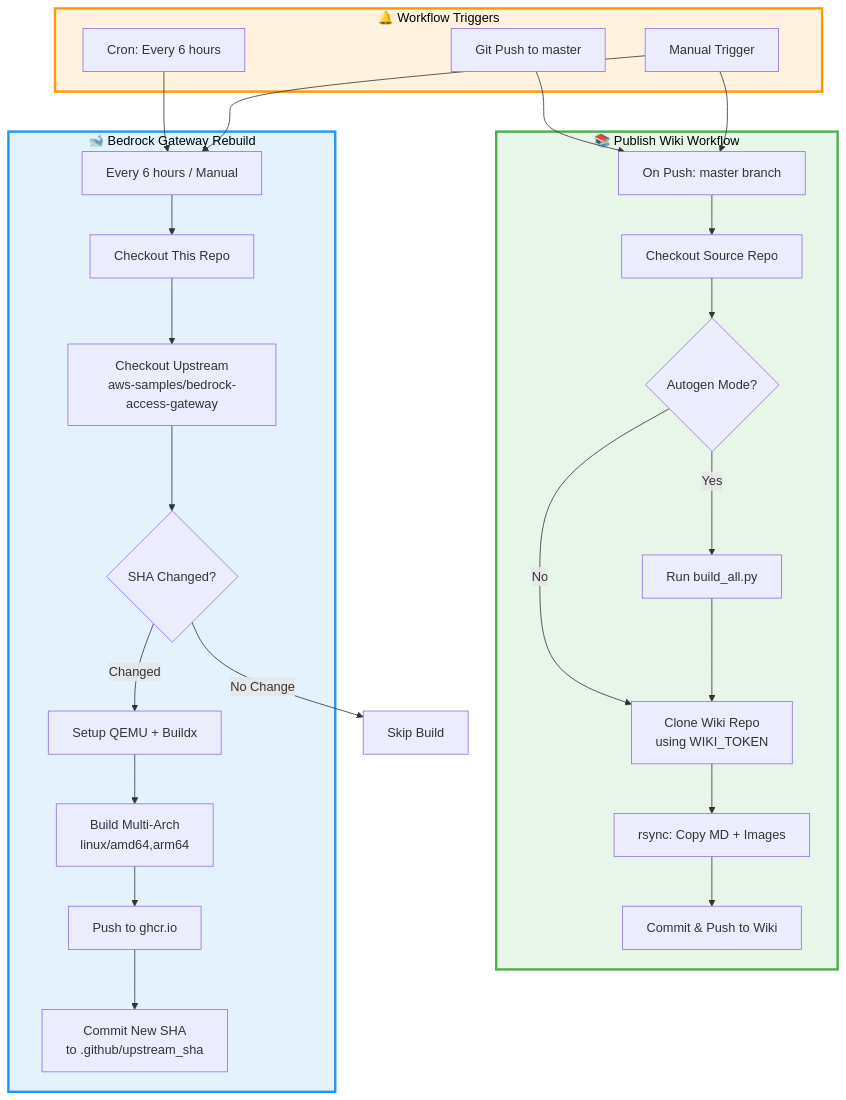
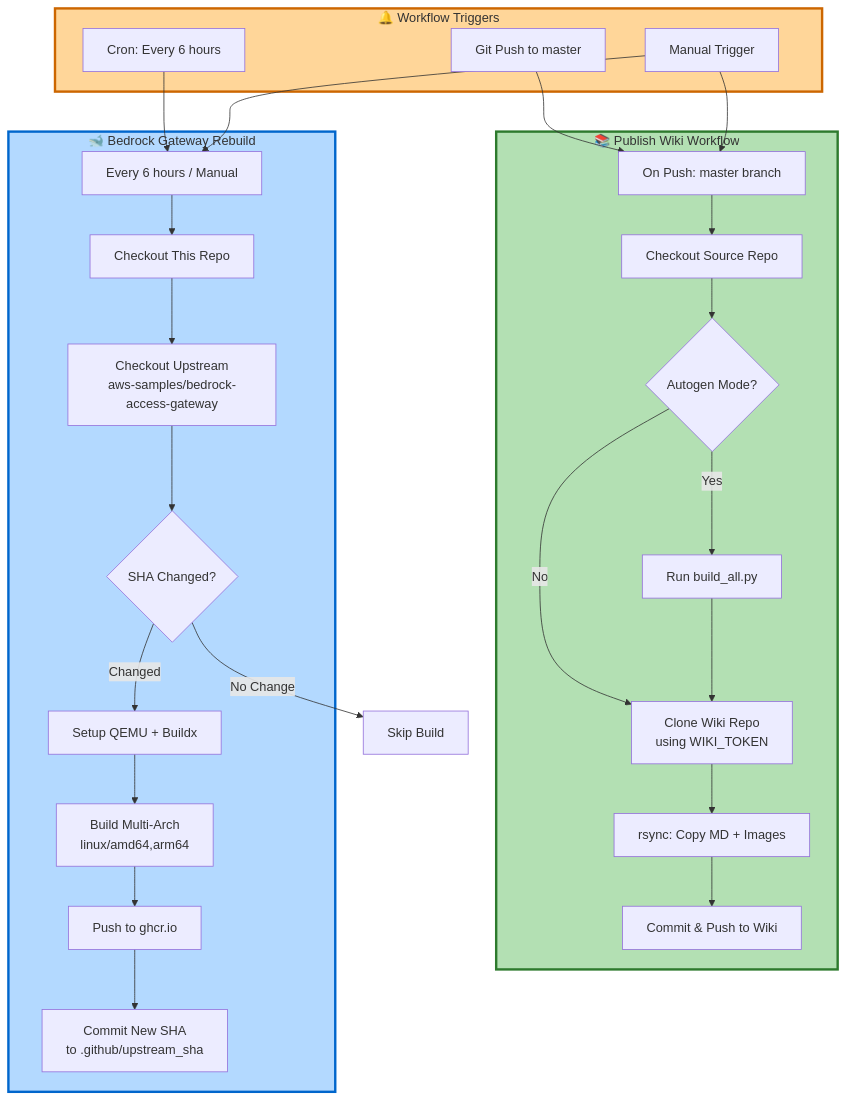
The first of 4 diagrams in docs/wiki/15-CI-CD-and-GitHub-Actions.md (seadogger-tech/seadogger-homelab), drawn with Mermaid before and after one commit. The commit also changed other lines of this file and 1 other file, not shown here.

````diff
--- a/docs/wiki/15-CI-CD-and-GitHub-Actions.md
+++ b/docs/wiki/15-CI-CD-and-GitHub-Actions.md
@@ -10,55 +10,55 @@
 ```mermaid
 graph TB
     subgraph Triggers["🔔 Workflow Triggers"]
         Push[Git Push to master]
         Schedule[Cron: Every 6 hours]
         Manual[Manual Trigger]
     end
 
     subgraph WikiFlow["📚 Publish Wiki Workflow"]
         WikiTrigger[On Push: master branch]
         Checkout1[Checkout Source Repo]
         BuildCheck{Autogen Mode?}
         BuildScript[Run build_all.py]
         CloneWiki[Clone Wiki Repo<br/>using WIKI_TOKEN]
         Rsync[rsync: Copy MD + Images]
         CommitWiki[Commit & Push to Wiki]
     end
 
     subgraph BedrockFlow["🐋 Bedrock Gateway Rebuild"]
         BedrockTrigger[Every 6 hours / Manual]
         Checkout2[Checkout This Repo]
         CheckUpstream[Checkout Upstream<br/>aws-samples/bedrock-access-gateway]
         CompareSSHA{SHA Changed?}
         SetupBuildx[Setup QEMU + Buildx]
         BuildPush[Build Multi-Arch<br/>linux/amd64,arm64]
         PushGHCR[Push to ghcr.io]
         UpdateSHA[Commit New SHA<br/>to .github/upstream_sha]
     end
 
     Push --> WikiTrigger
     Manual --> WikiTrigger
     Schedule --> BedrockTrigger
     Manual --> BedrockTrigger
 
     WikiTrigger --> Checkout1
     Checkout1 --> BuildCheck
     BuildCheck -->|Yes| BuildScript
     BuildCheck -->|No| CloneWiki
     BuildScript --> CloneWiki
     CloneWiki --> Rsync
     Rsync --> CommitWiki
 
     BedrockTrigger --> Checkout2
     Checkout2 --> CheckUpstream
     CheckUpstream --> CompareSSHA
     CompareSSHA -->|Changed| SetupBuildx
     CompareSSHA -->|No Change| End1[Skip Build]
     SetupBuildx --> BuildPush
     BuildPush --> PushGHCR
     PushGHCR --> UpdateSHA
 
-    style WikiFlow fill:#e8f5e9,stroke:#4caf50,stroke-width:3px,color:#000
-    style BedrockFlow fill:#e3f2fd,stroke:#2196f3,stroke-width:3px,color:#000
-    style Triggers fill:#fff3e0,stroke:#ff9800,stroke-width:3px,color:#000
+    style WikiFlow fill:#b3e0b3,stroke:#2d7a2d,stroke-width:3px
+    style BedrockFlow fill:#b3d9ff,stroke:#0066cc,stroke-width:3px
+    style Triggers fill:#ffd699,stroke:#cc6600,stroke-width:3px
 ```
````
